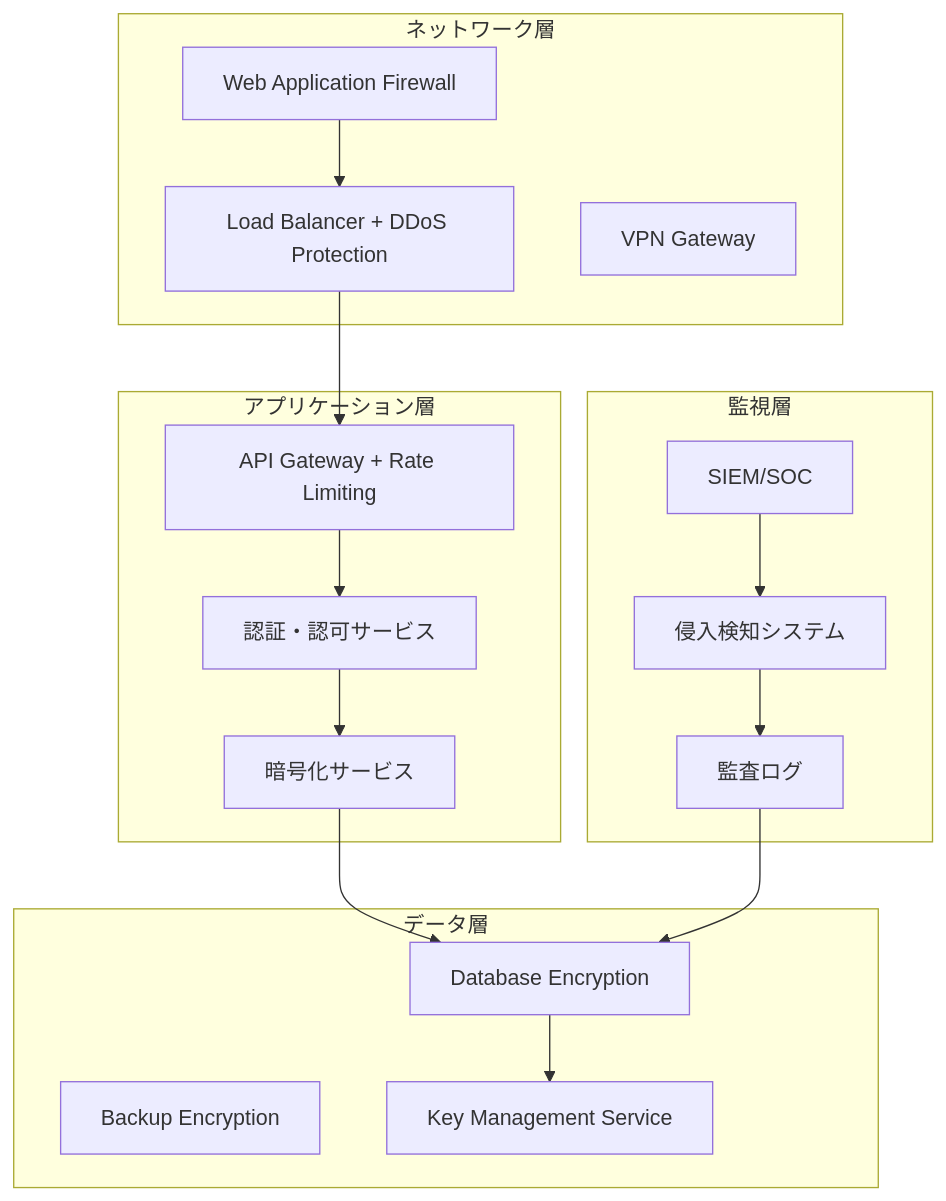
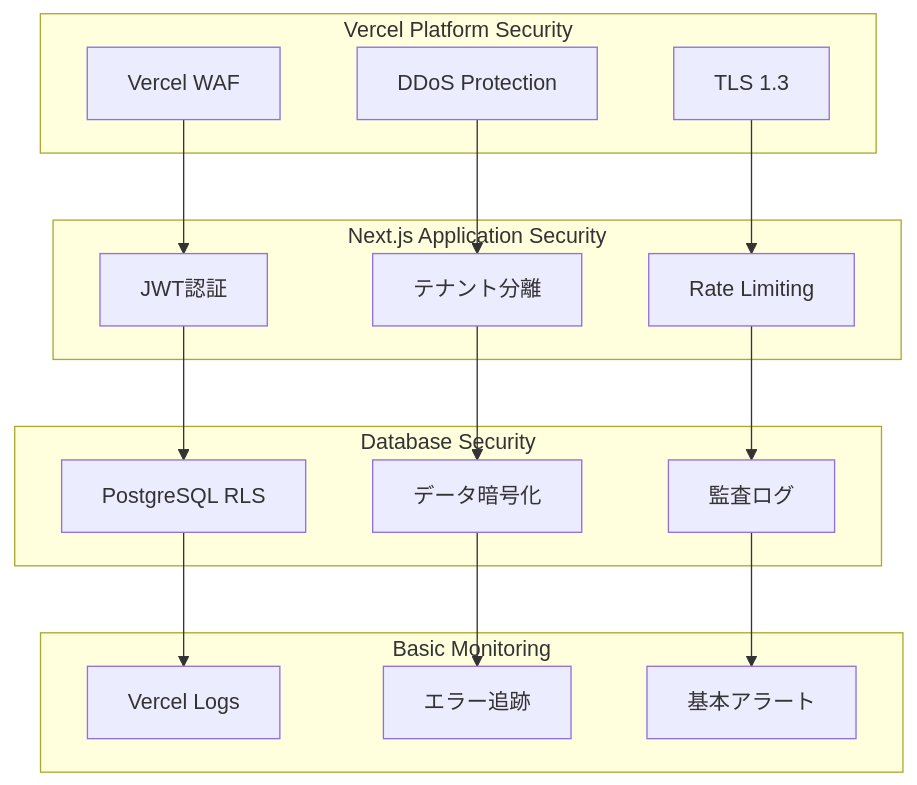
The second of 2 diagrams in docs/design/architecture/マルチテナントアーキテクチャ設計書.md (sas-dx/skill-report-web), drawn with Mermaid before and after one commit. The commit also changed other lines of this file, not shown here.

````diff
--- a/docs/design/architecture/マルチテナントアーキテクチャ設計書.md
+++ b/docs/design/architecture/マルチテナントアーキテクチャ設計書.md
@@ -644,37 +652,38 @@
 ```mermaid
 graph TB
-    subgraph "ネットワーク層"
-        WAF[Web Application Firewall]
-        LB[Load Balancer + DDoS Protection]
-        VPN[VPN Gateway]
+    subgraph "Vercel Platform Security"
+        VERCEL_WAF[Vercel WAF]
+        VERCEL_DDoS[DDoS Protection]
+        VERCEL_TLS[TLS 1.3]
     end
     
-    subgraph "アプリケーション層"
-        API_GW[API Gateway + Rate Limiting]
-        AUTH[認証・認可サービス]
-        ENCRYPT[暗号化サービス]
+    subgraph "Next.js Application Security"
+        JWT_AUTH[JWT認証]
+        TENANT_MW[テナント分離]
+        RATE_LIMIT[Rate Limiting]
     end
     
-    subgraph "データ層"
-        DB_ENCRYPT[Database Encryption]
-        BACKUP_ENCRYPT[Backup Encryption]
-        KEY_MGMT[Key Management Service]
+    subgraph "Database Security"
+        PG_RLS[PostgreSQL RLS]
+        PG_ENCRYPT[データ暗号化]
+        AUDIT_LOG[監査ログ]
     end
     
-    subgraph "監視層"
-        SIEM[SIEM/SOC]
-        IDS[侵入検知システム]
-        AUDIT[監査ログ]
+    subgraph "Basic Monitoring"
+        VERCEL_LOGS[Vercel Logs]
+        ERROR_TRACK[エラー追跡]
+        ALERT[基本アラート]
     end
     
-    WAF --> LB
-    LB --> API_GW
-    API_GW --> AUTH
-    AUTH --> ENCRYPT
-    ENCRYPT --> DB_ENCRYPT
-    DB_ENCRYPT --> KEY_MGMT
+    VERCEL_WAF --> JWT_AUTH
+    VERCEL_DDoS --> TENANT_MW
+    VERCEL_TLS --> RATE_LIMIT
     
-    SIEM --> IDS
-    IDS --> AUDIT
-    AUDIT --> DB_ENCRYPT
+    JWT_AUTH --> PG_RLS
+    TENANT_MW --> PG_ENCRYPT
+    RATE_LIMIT --> AUDIT_LOG
+    
+    PG_RLS --> VERCEL_LOGS
+    PG_ENCRYPT --> ERROR_TRACK
+    AUDIT_LOG --> ALERT
 ```
````
